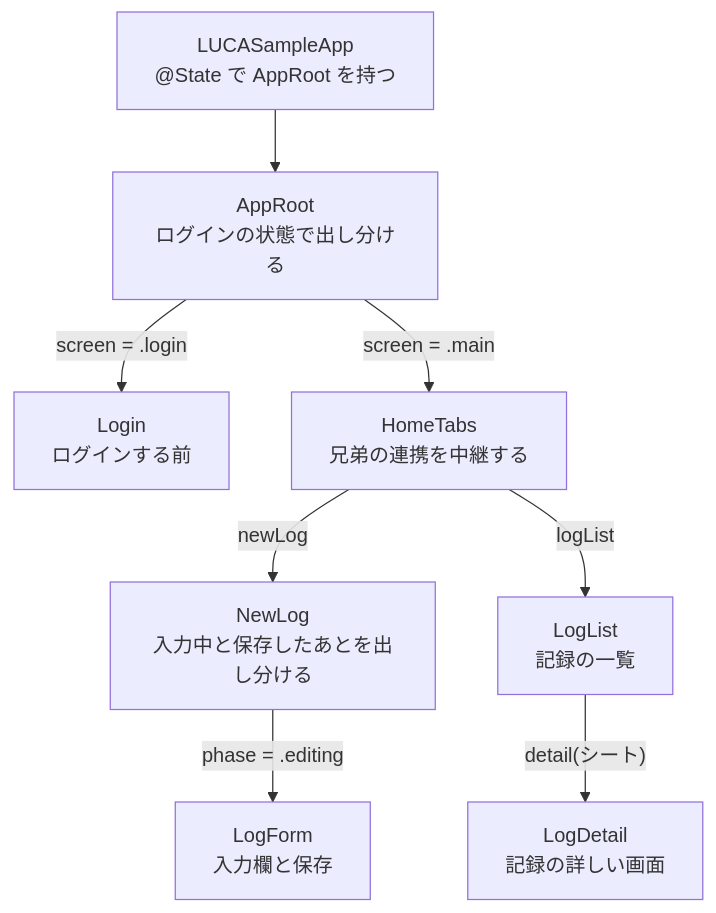
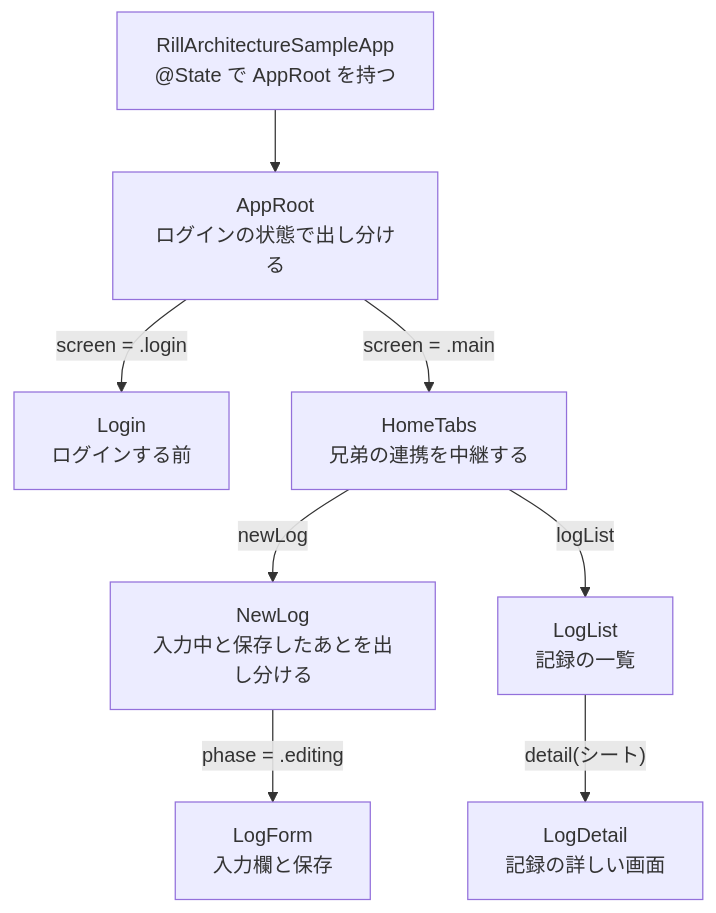
The third of 7 diagrams in README.md (kz56cd/RillArchitectureSample), drawn with Mermaid before and after one commit. The commit also changed other lines of this file and 67 other files, not shown here.

````diff
--- a/README.md
+++ b/README.md
@@ -88,11 +90,11 @@
 ```mermaid
 flowchart TD
-    App["LUCASampleApp<br/>@State で AppRoot を持つ"] --> AppRoot
+    App["RillArchitectureSampleApp<br/>@State で AppRoot を持つ"] --> AppRoot
     AppRoot["AppRoot<br/>ログインの状態で出し分ける"]
     AppRoot -- "screen = .login" --> Login["Login<br/>ログインする前"]
     AppRoot -- "screen = .main" --> HomeTabs["HomeTabs<br/>兄弟の連携を中継する"]
     HomeTabs -- "newLog" --> NewLog["NewLog<br/>入力中と保存したあとを出し分ける"]
     HomeTabs -- "logList" --> LogList["LogList<br/>記録の一覧"]
     NewLog -- "phase = .editing" --> LogForm["LogForm<br/>入力欄と保存"]
     LogList -- "detail(シート)" --> LogDetail["LogDetail<br/>記録の詳しい画面"]
 ```
````
